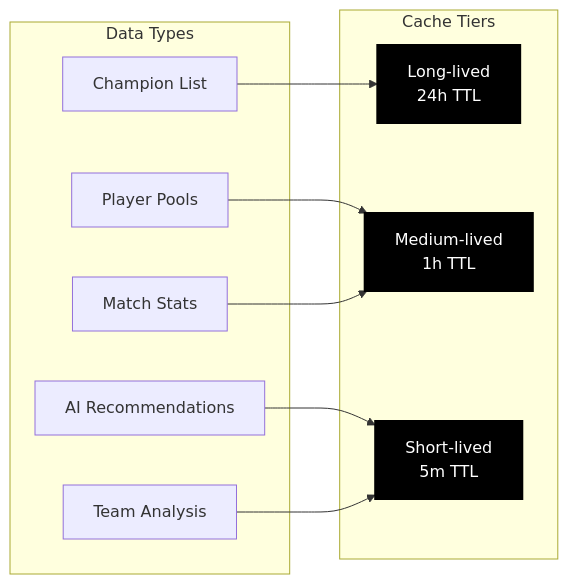
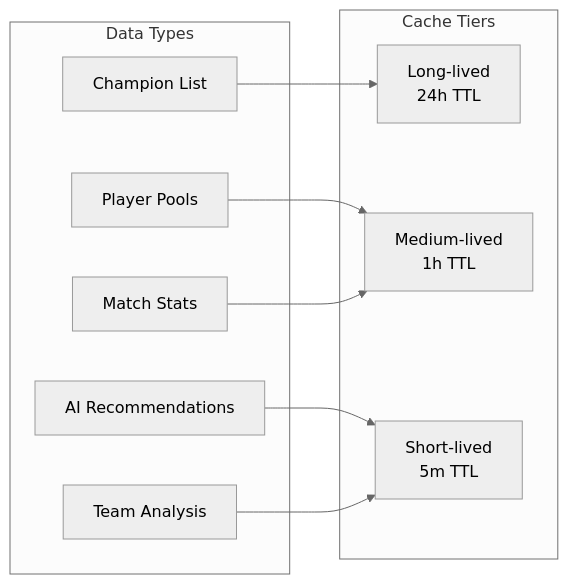
The fourth of 4 diagrams in README.md (MoriatzLabs/TeamBuilder), drawn with Mermaid before and after one commit. The commit also changed other lines of this file, not shown here.

````diff
--- a/README.md
+++ b/README.md
@@ -307,26 +304,23 @@
 ```mermaid
+%%{init: {'theme':'neutral'}}%%
 graph LR
     subgraph "Cache Tiers"
         T1[Long-lived<br/>24h TTL]
         T2[Medium-lived<br/>1h TTL]
         T3[Short-lived<br/>5m TTL]
     end
     
     subgraph "Data Types"
         Champions[Champion List]
         Players[Player Pools]
         Matches[Match Stats]
         Recs[AI Recommendations]
         Analysis[Team Analysis]
     end
     
     Champions --> T1
     Players --> T2
     Matches --> T2
     Recs --> T3
     Analysis --> T3
-    
-    style T1 fill:#000,stroke:#000,stroke-width:2px,color:#fff
-    style T2 fill:#000,stroke:#000,stroke-width:2px,color:#fff
-    style T3 fill:#000,stroke:#000,stroke-width:2px,color:#fff
 ```
````
